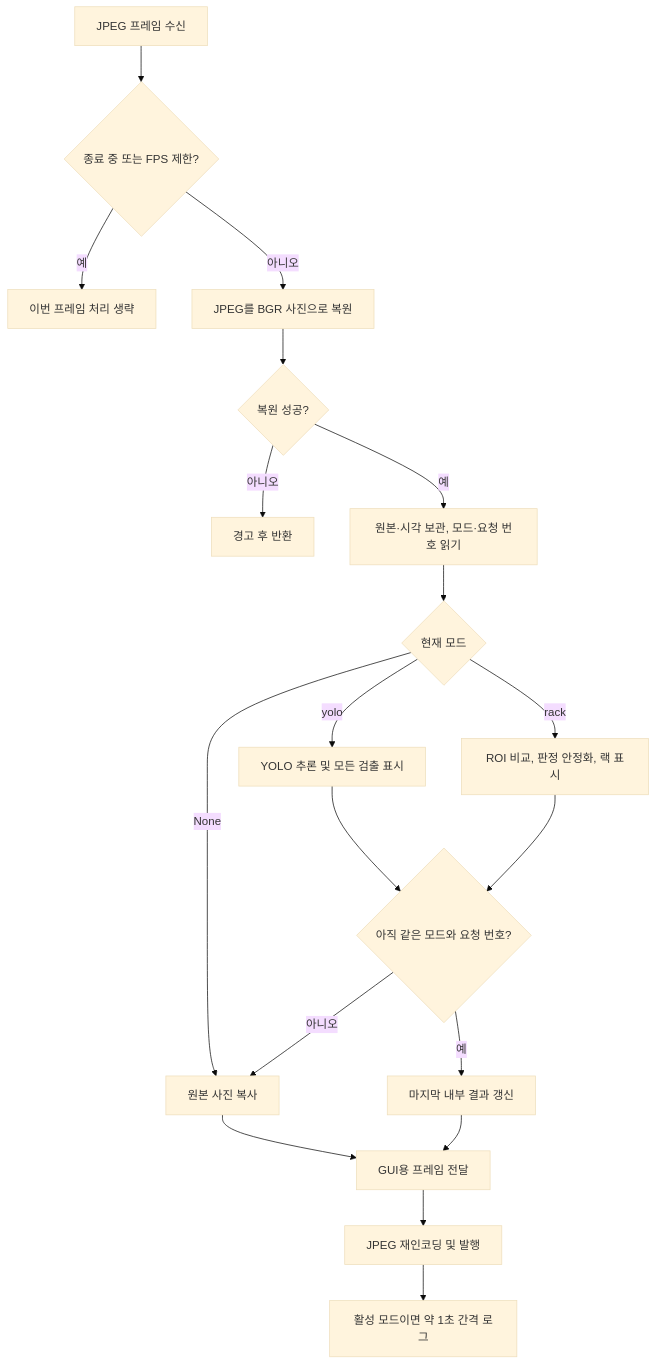
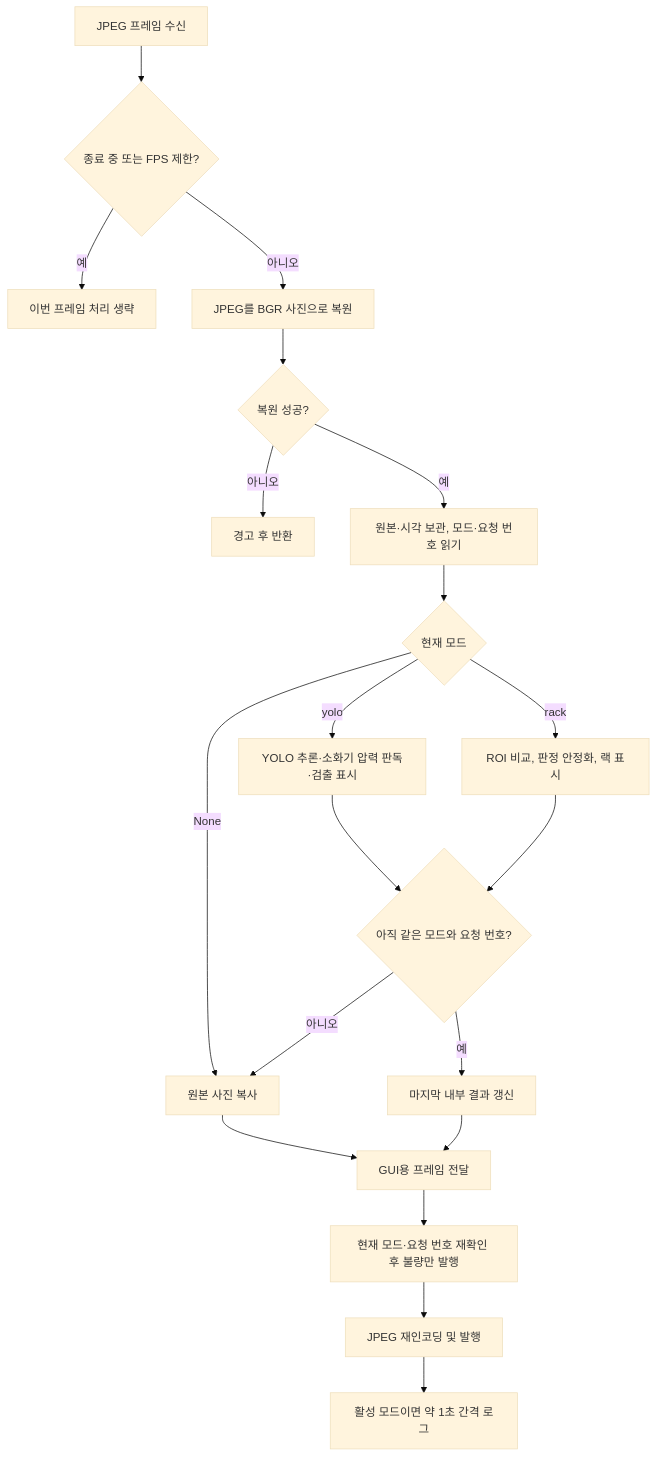
One commit to HJAE99/B_0102_Final_Project-archive changed the fourth of 8 diagrams in ros2_ws/src/scv_detection/docs/architecture.md. Above: the diagram before and after it, drawn with Mermaid (base theme). The commit also changed other lines of this file and 51 other files, not shown here.

````diff
--- a/ros2_ws/src/scv_detection/docs/architecture.md
+++ b/ros2_ws/src/scv_detection/docs/architecture.md
@@ -181,21 +207,22 @@
 ```mermaid
 flowchart TD
     RECEIVE["JPEG 프레임 수신"] --> FILTER{"종료 중 또는 FPS 제한?"}
     FILTER -- 예 --> DROP["이번 프레임 처리 생략"]
     FILTER -- 아니오 --> DECODE["JPEG를 BGR 사진으로 복원"]
     DECODE --> VALID{"복원 성공?"}
     VALID -- 아니오 --> WARN["경고 후 반환"]
     VALID -- 예 --> SNAP["원본·시각 보관, 모드·요청 번호 읽기"]
     SNAP --> MODE{"현재 모드"}
     MODE -- None --> RAW["원본 사진 복사"]
-    MODE -- yolo --> INFER["YOLO 추론 및 모든 검출 표시"]
+    MODE -- yolo --> INFER["YOLO 추론·소화기 압력 판독·검출 표시"]
     MODE -- rack --> INSPECT["ROI 비교, 판정 안정화, 랙 표시"]
     INFER --> GATE{"아직 같은 모드와 요청 번호?"}
     INSPECT --> GATE
     GATE -- 아니오 --> RAW
     GATE -- 예 --> RESULT["마지막 내부 결과 갱신"]
     RAW --> DISPLAY["GUI용 프레임 전달"]
     RESULT --> DISPLAY
-    DISPLAY --> ENCODE["JPEG 재인코딩 및 발행"]
+    DISPLAY --> DEFECT["현재 모드·요청 번호 재확인 후 불량만 발행"]
+    DEFECT --> ENCODE["JPEG 재인코딩 및 발행"]
     ENCODE --> LOG["활성 모드이면 약 1초 간격 로그"]
 ```
````
